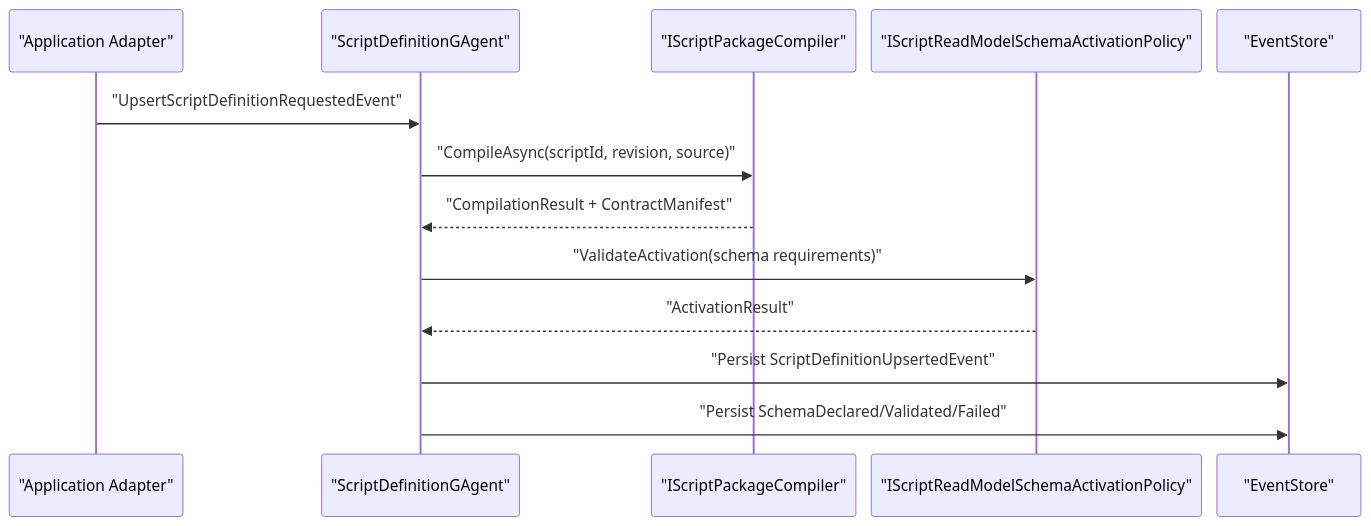
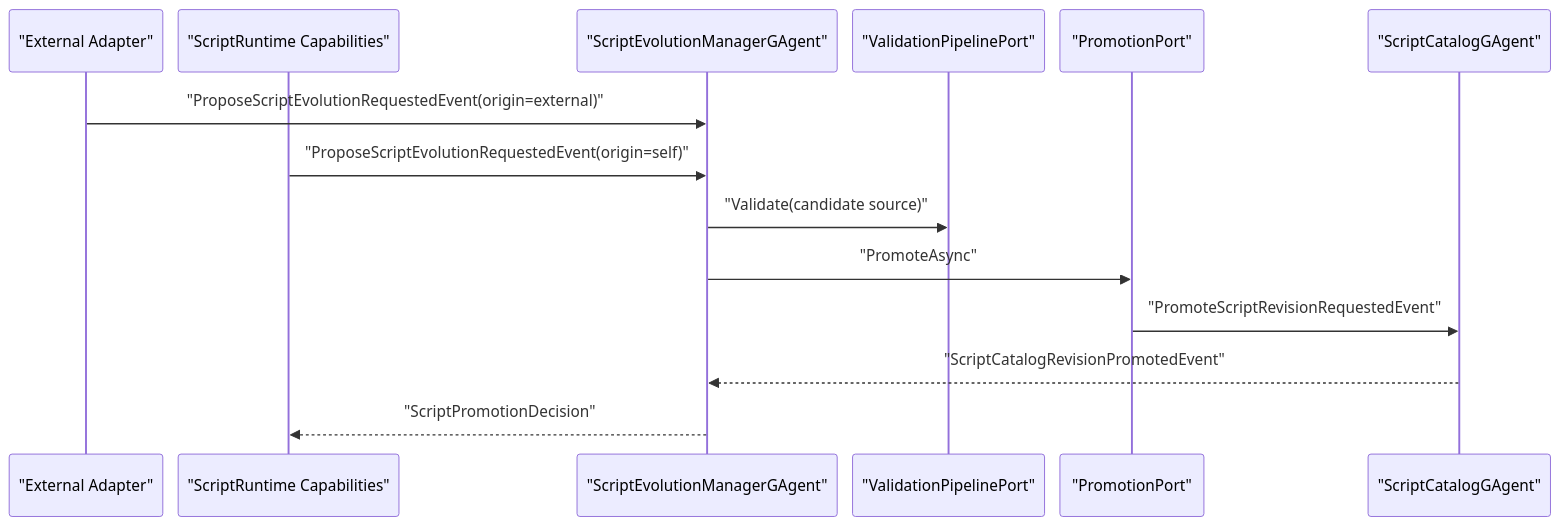
The second of 2 diagrams in docs/SCRIPTING_ARCHITECTURE.md (aevatarAI/aevatar), drawn with Mermaid before and after one commit. The commit also changed other lines of this file and 70 other files, not shown here.

First line of the commit message:
Refactor Aevatar.Scripting architecture to implement dual-channel evolution capabilities

````diff
--- a/docs/SCRIPTING_ARCHITECTURE.md
+++ b/docs/SCRIPTING_ARCHITECTURE.md
@@ -259,17 +174,18 @@
 ```mermaid
 %%{init: {"maxTextSize": 100000, "flowchart": {"useMaxWidth": false, "nodeSpacing": 10, "rankSpacing": 50}, "sequence": {"useMaxWidth": false, "actorMargin": 16, "messageMargin": 12, "diagramMarginX": 20, "diagramMarginY": 10}, "themeVariables": {"fontSize": "10px"}}}%%
 sequenceDiagram
-    participant APP as "Application Adapter"
-    participant DEF as "ScriptDefinitionGAgent"
-    participant CMP as "IScriptPackageCompiler"
-    participant POL as "IScriptReadModelSchemaActivationPolicy"
-    participant ES as "EventStore"
+    participant EXT as "External Adapter"
+    participant RT as "ScriptRuntime Capabilities"
+    participant EVO as "ScriptEvolutionManagerGAgent"
+    participant VAL as "ValidationPipelinePort"
+    participant PRO as "PromotionPort"
+    participant CAT as "ScriptCatalogGAgent"
 
-    APP->>DEF: "UpsertScriptDefinitionRequestedEvent"
-    DEF->>CMP: "CompileAsync(scriptId, revision, source)"
-    CMP-->>DEF: "CompilationResult + ContractManifest"
-    DEF->>POL: "ValidateActivation(schema requirements)"
-    POL-->>DEF: "ActivationResult"
-    DEF->>ES: "Persist ScriptDefinitionUpsertedEvent"
-    DEF->>ES: "Persist SchemaDeclared/Validated/Failed"
+    EXT->>EVO: "ProposeScriptEvolutionRequestedEvent(origin=external)"
+    RT->>EVO: "ProposeScriptEvolutionRequestedEvent(origin=self)"
+    EVO->>VAL: "Validate(candidate source)"
+    EVO->>PRO: "PromoteAsync"
+    PRO->>CAT: "PromoteScriptRevisionRequestedEvent"
+    CAT-->>EVO: "ScriptCatalogRevisionPromotedEvent"
+    EVO-->>RT: "ScriptPromotionDecision"
 ```
````
